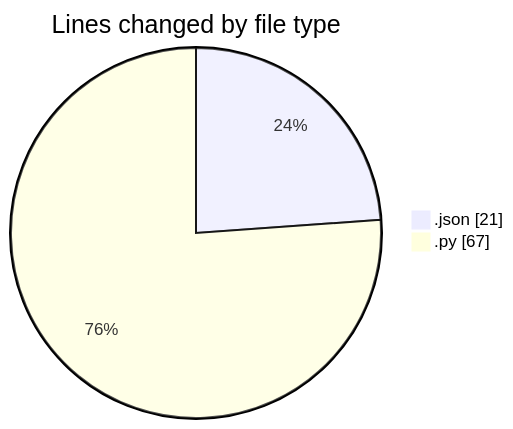
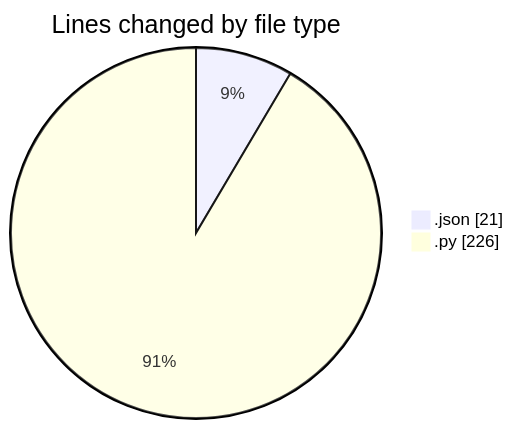
One commit to MatusMokan/code-tracking changed the first of 2 diagrams in 2025-11-14/untitled__workspace_/README.md. Above: the diagram before and after it, drawn with Mermaid. The commit also changed other lines of this file and 1 other file, not shown here.

````diff
--- a/2025-11-14/untitled__workspace_/README.md
+++ b/2025-11-14/untitled__workspace_/README.md
@@ -21,6 +21,6 @@
 ```mermaid
 pie showData
 title Lines changed by file type
 ".json" : 21
-".py" : 67
+".py" : 226
 ```
````
